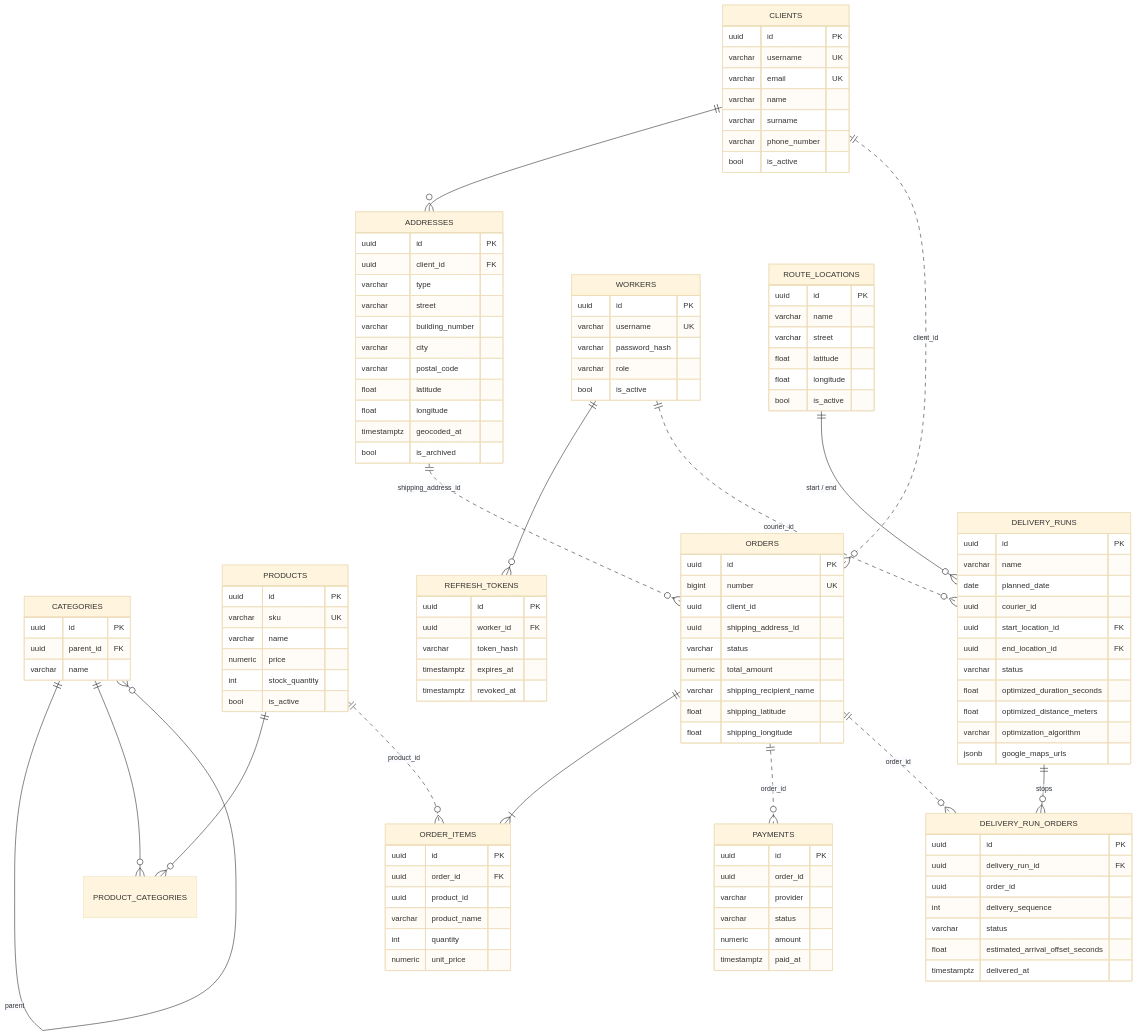
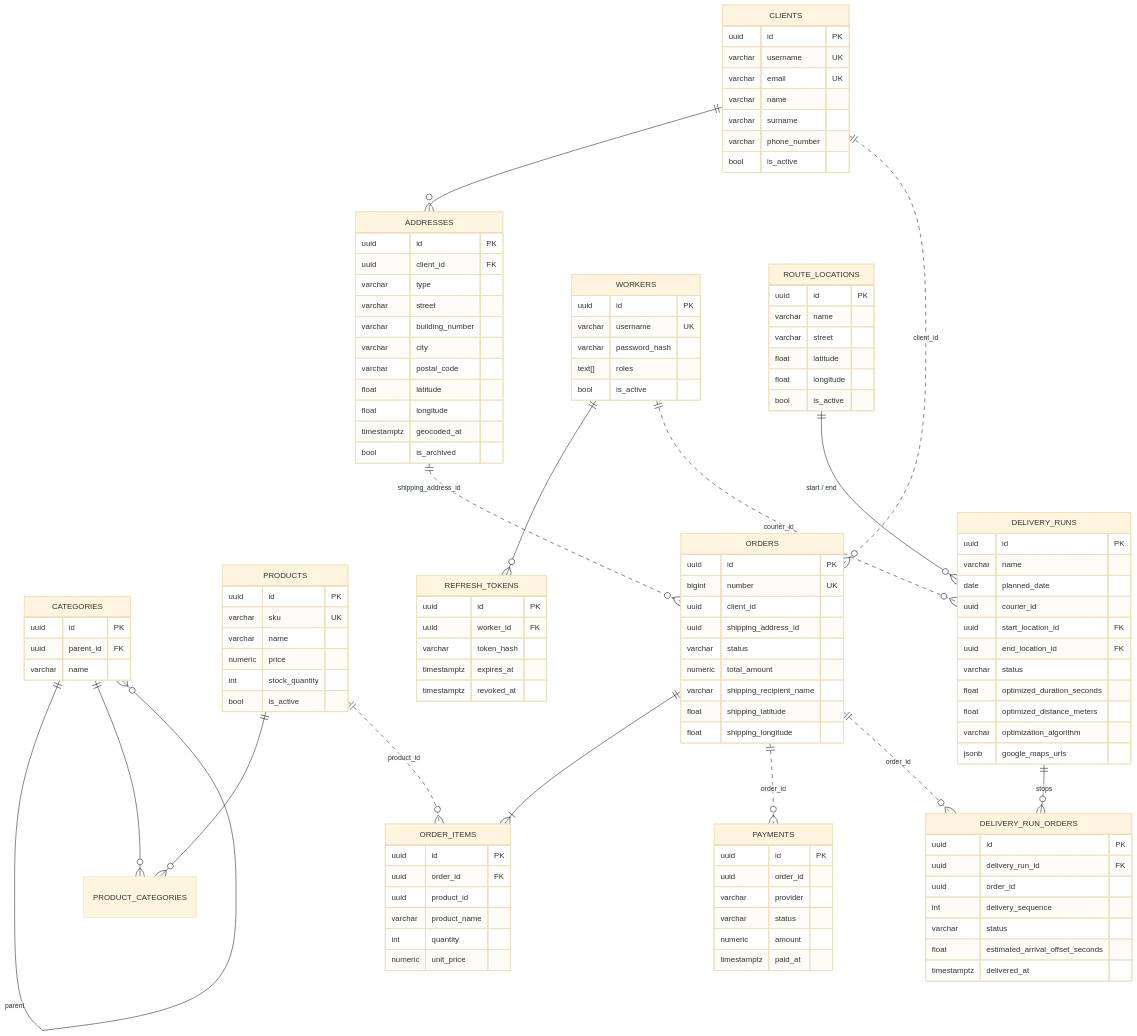
One commit to DawidJankowski00/KAMADAv2 changed the second of 3 diagrams in README.md. Above: the diagram before and after it, drawn with Mermaid (base theme). The commit also changed 2 other files, not shown here.

Commit message:
docs: multi-role accounts
Decisions log entries for worker role sets and role claims, an update
note in ADR 0003, and the roles column in the README data model.

```diff
--- a/README.md
+++ b/README.md
@@ -402,7 +402,7 @@
         uuid id PK
         varchar username UK
         varchar password_hash
-        varchar role
+        text[] roles
         bool is_active
     }
     REFRESH_TOKENS {
```
